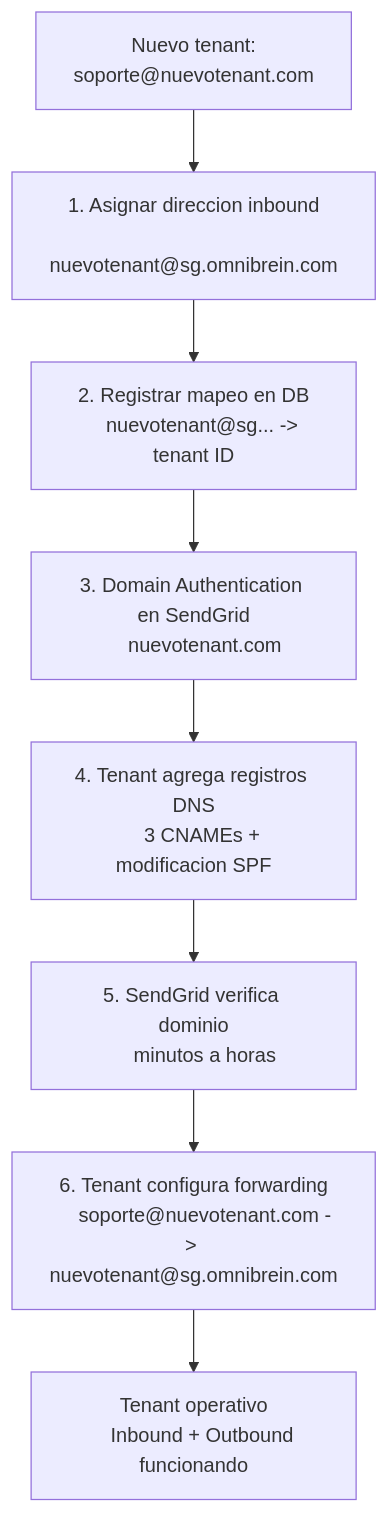
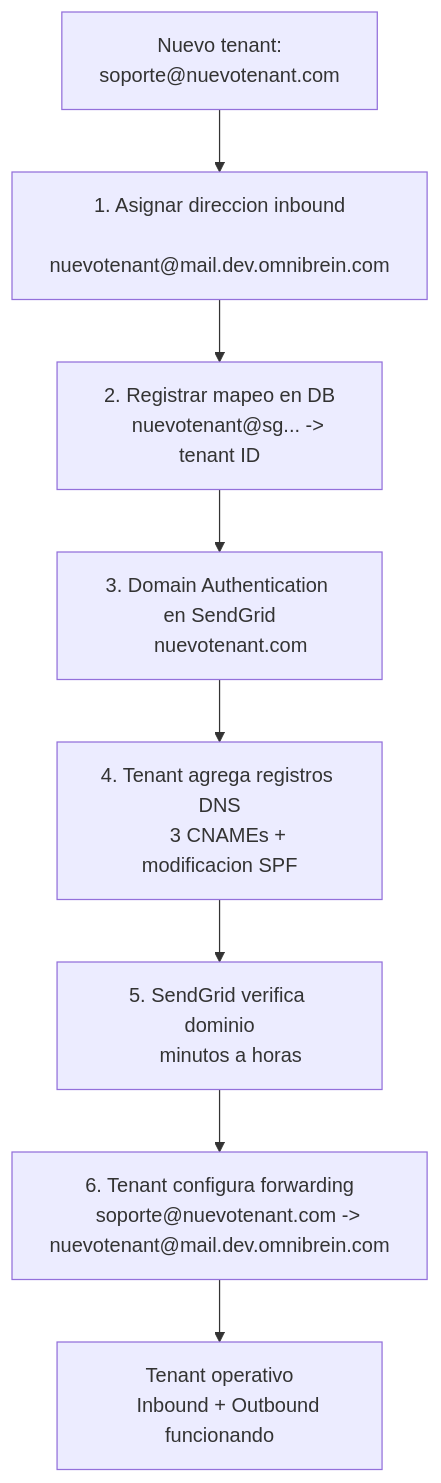
One commit to diego-serrano-kenility/omni-mail-channel-research changed the second of 2 diagrams in findings-sendgrid.md. Above: the diagram before and after it, drawn with Mermaid. The commit also changed other lines of this file and 2 other files, not shown here.

First line of the commit message:
Actualizar subdominio de mail a mail.dev.omnibrein.com y agregar diagrama de envío en A4

````diff
--- a/findings-sendgrid.md
+++ b/findings-sendgrid.md
@@ -339,18 +339,18 @@
 ```mermaid
 flowchart TD
     Start["Nuevo tenant:
     soporte@nuevotenant.com"] --> Step1["1. Asignar direccion inbound
-    nuevotenant@sg.omnibrein.com"]
+    nuevotenant@mail.dev.omnibrein.com"]
     Step1 --> Step2["2. Registrar mapeo en DB
     nuevotenant@sg... -> tenant ID"]
     Step2 --> Step3["3. Domain Authentication en SendGrid
     nuevotenant.com"]
     Step3 --> Step4["4. Tenant agrega registros DNS
     3 CNAMEs + modificacion SPF"]
     Step4 --> Step5["5. SendGrid verifica dominio
     minutos a horas"]
     Step5 --> Step6["6. Tenant configura forwarding
-    soporte@nuevotenant.com -> nuevotenant@sg.omnibrein.com"]
+    soporte@nuevotenant.com -> nuevotenant@mail.dev.omnibrein.com"]
     Step6 --> Done["Tenant operativo
     Inbound + Outbound funcionando"]
 ```
````
